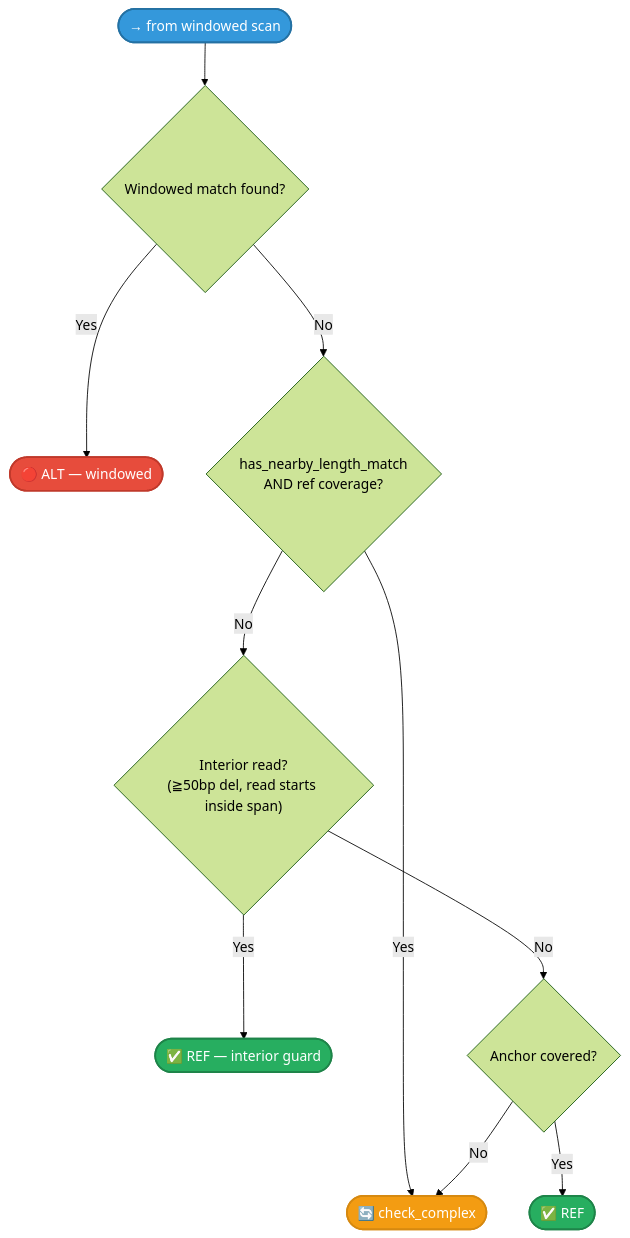
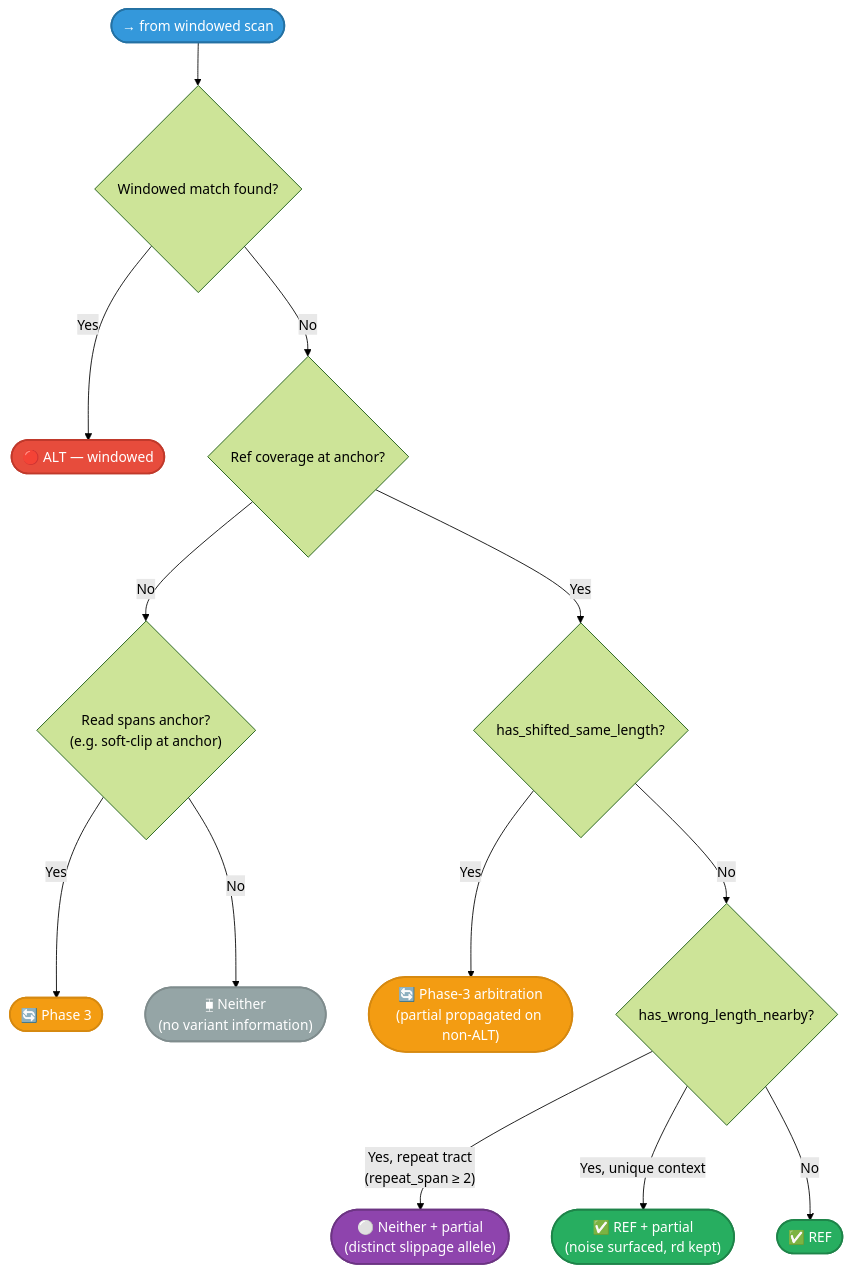
Before and after one commit to msk-access/gbcms: the seventh of 12 diagrams in docs/reference/allele-classification.md, drawn with Mermaid (forest theme). The commit also changed other lines of this file and 13 other files, not shown here.

````diff
--- a/docs/reference/allele-classification.md
+++ b/docs/reference/allele-classification.md
@@ -313,17 +381,22 @@
 ```mermaid
 flowchart TD
     EvalIn(["→ from windowed scan"]):::entry --> Win{"Windowed match found?"}
     Win -->|Yes| WinAlt(["🔴 ALT — windowed"]):::alt
-    Win -->|No| P3Check{"has_nearby_length_match\nAND ref coverage?"}
-    P3Check -->|Yes| CPX(["🔄 check_complex"]):::fallback
-    P3Check -->|No| Interior{"Interior read?\n(≧50bp del, read starts inside span)"}
-    Interior -->|Yes| IntRef(["✅ REF — interior guard"]):::ref
-    Interior -->|No| HasRef{"Anchor covered?"}
-    HasRef -->|Yes| Ref(["✅ REF"]):::ref
-    HasRef -->|No| CPX
+    Win -->|No| Spans{"Ref coverage at anchor?"}
+    Spans -->|No| AnchorSpan{"Read spans anchor?\n(e.g. soft-clip at anchor)"}
+    AnchorSpan -->|Yes| CPX(["🔄 Phase 3"]):::fallback
+    AnchorSpan -->|No| Neither(["⧯ Neither\n(no variant information)"]):::neither
+    Spans -->|Yes| SLCheck{"has_shifted_same_length?"}
+    SLCheck -->|Yes| CPXP(["🔄 Phase-3 arbitration\n(partial propagated on non-ALT)"]):::fallback
+    SLCheck -->|No| WLCheck{"has_wrong_length_nearby?"}
+    WLCheck -->|"Yes, repeat tract\n(repeat_span ≥ 2)"| WLPartial(["⚪ Neither + partial\n(distinct slippage allele)"]):::partial
+    WLCheck -->|"Yes, unique context"| RefPartial(["✅ REF + partial\n(noise surfaced, rd kept)"]):::ref
+    WLCheck -->|No| Ref(["✅ REF"]):::ref
 
     classDef entry fill:#3498db,color:#fff,stroke:#2471a3,stroke-width:2px;
     classDef ref fill:#27ae60,color:#fff,stroke:#1e8449,stroke-width:2px;
     classDef alt fill:#e74c3c,color:#fff,stroke:#c0392b,stroke-width:2px;
+    classDef neither fill:#95a5a6,color:#fff,stroke:#7f8c8d,stroke-width:2px;
+    classDef partial fill:#8e44ad,color:#fff,stroke:#6c3483,stroke-width:2px;
     classDef fallback fill:#f39c12,color:#fff,stroke:#d68910,stroke-width:2px;
 ```
````
